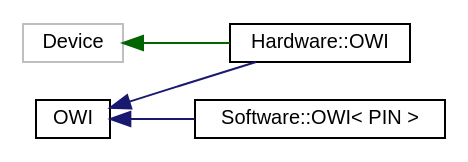
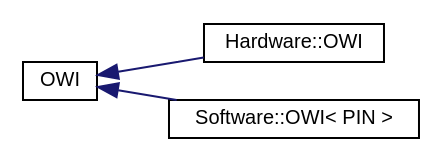
One commit to mikaelpatel/mikaelpatel.github.io changed the diagram in Arduino-OWI/inherit_graph_1.dot. Above: the diagram before and after it, drawn with Graphviz. The commit also changed 194 other files, not shown here.

```diff
--- a/Arduino-OWI/inherit_graph_1.dot
+++ b/Arduino-OWI/inherit_graph_1.dot
@@ -1,13 +1,11 @@
 digraph "Graphical Class Hierarchy"
 {
   edge [fontname="Helvetica",fontsize="10",labelfontname="Helvetica",labelfontsize="10"];
   node [fontname="Helvetica",fontsize="10",shape=record];
   rankdir="LR";
   Node1 [label="OWI",height=0.2,width=0.4,color="black", fillcolor="white", style="filled",URL="$d7/d90/classOWI.html"];
   Node1 -> Node2 [dir="back",color="midnightblue",fontsize="10",style="solid",fontname="Helvetica"];
   Node2 [label="Hardware::OWI",height=0.2,width=0.4,color="black", fillcolor="white", style="filled",URL="$d3/d22/classHardware_1_1OWI.html"];
   Node1 -> Node3 [dir="back",color="midnightblue",fontsize="10",style="solid",fontname="Helvetica"];
   Node3 [label="Software::OWI\< PIN \>",height=0.2,width=0.4,color="black", fillcolor="white", style="filled",URL="$d0/de1/classSoftware_1_1OWI.html"];
-  Node4 [label="Device",height=0.2,width=0.4,color="grey75", fillcolor="white", style="filled"];
-  Node4 -> Node2 [dir="back",color="darkgreen",fontsize="10",style="solid",fontname="Helvetica"];
 }
```
